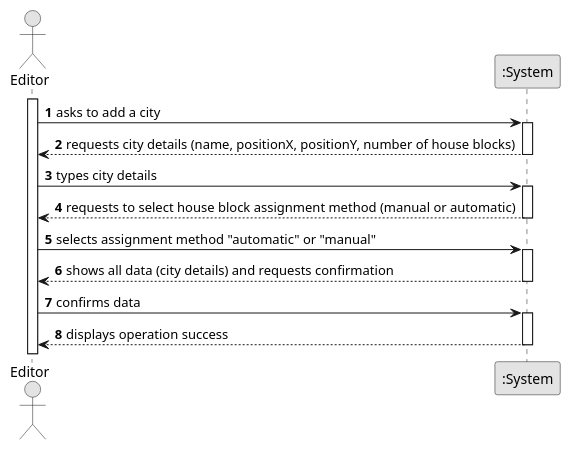
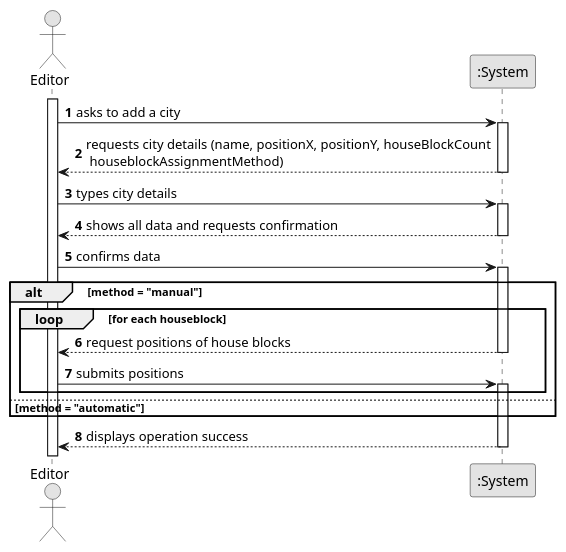
Before and after one commit to 1240826/empire-on-tracks: the diagram in docs/system-documentation/US003/01.requirements-engineering/puml/US003-SSD.puml, drawn with PlantUML. The commit also changed 28 other files, not shown here.

```diff
--- a/docs/system-documentation/US003/01.requirements-engineering/puml/US003-SSD.puml
+++ b/docs/system-documentation/US003/01.requirements-engineering/puml/US003-SSD.puml
@@ -1,42 +1,48 @@
 @startuml
 skinparam monochrome true
 skinparam packageStyle rectangle
 skinparam shadowing false
 
 autonumber
 
 actor "Editor" as Editor
 participant ":System" as System
 
 activate Editor
 
     Editor -> System : asks to add a city
     activate System
 
-        System --> Editor : requests city details (name, positionX, positionY, number of house blocks)
+        System --> Editor : requests city details (name, positionX, positionY, houseBlockCount\n houseblockAssignmentMethod)
     deactivate System
 
     Editor -> System : types city details
     activate System
 
-     System --> Editor : requests to select house block assignment method (manual or automatic)
+     System --> Editor : shows all data and requests confirmation
         deactivate System
-
-        Editor -> System : selects assignment method "automatic" or "manual"
-        activate System
-        System --> Editor : shows all data (city details) and requests confirmation
-            deactivate System
 
         Editor -> System : confirms data
         activate System
+
+        alt method = "manual"
+            loop for each houseblock
+                System --> Editor : request positions of house blocks
+                deactivate System
+                Editor -> System : submits positions
+                activate System
+            end
+
+        else method = "automatic"
+        end
 
         System --> Editor : displays operation success
         deactivate System
 
 
 
 
 
 
 
 @enduml
```
